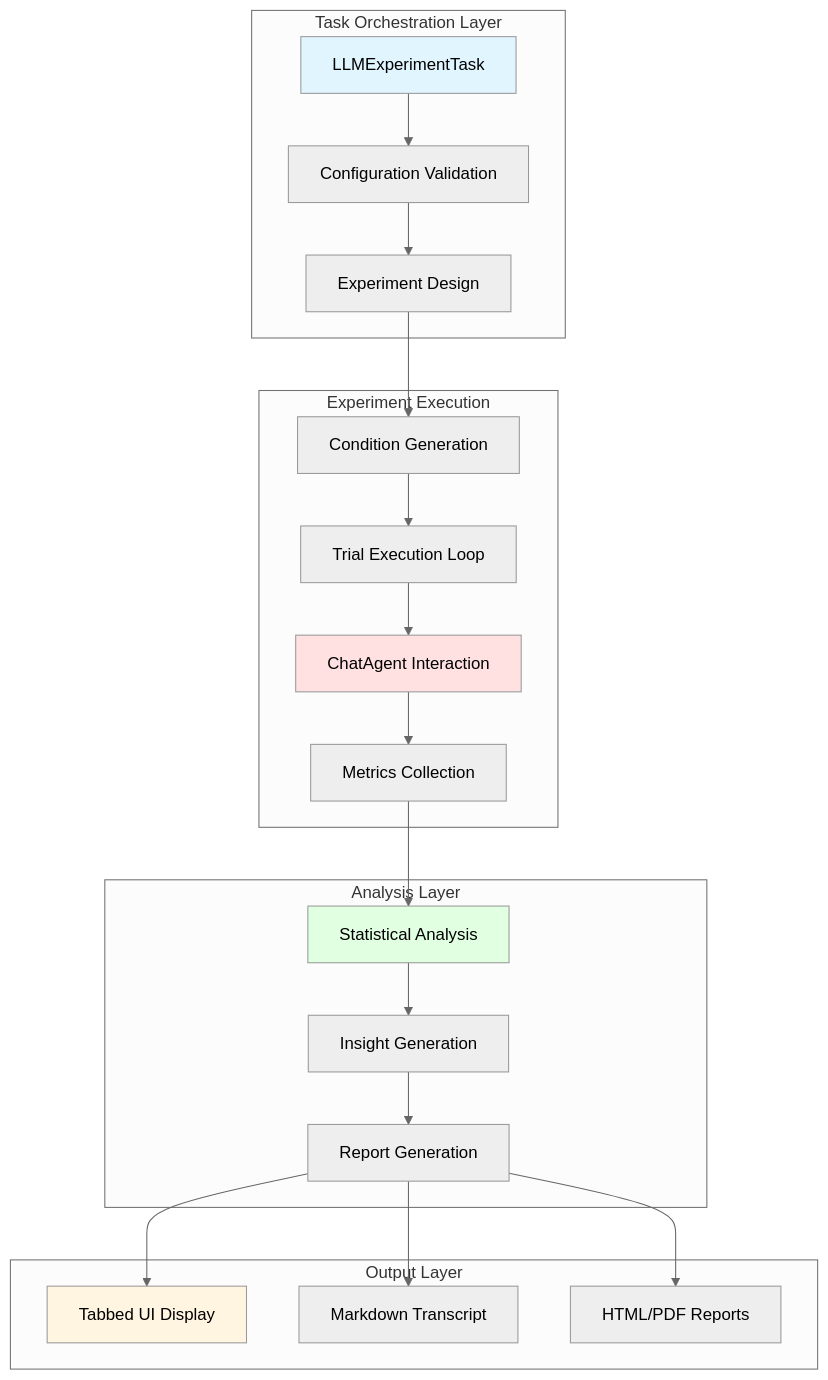
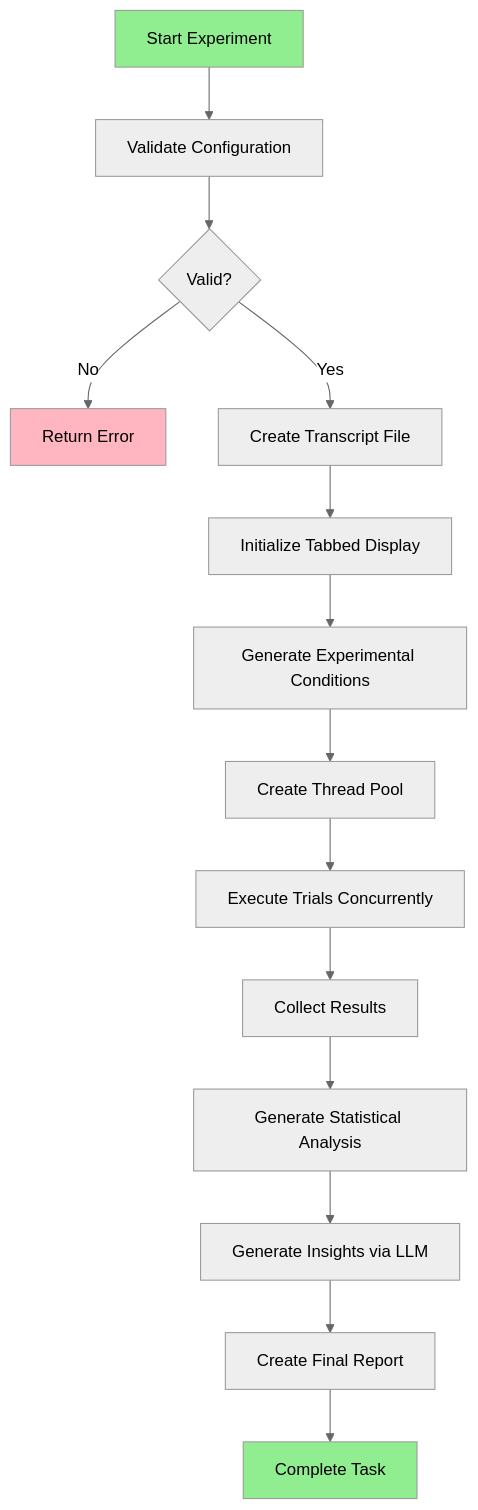
One commit to SimiaCryptus/Cognotik changed the second of 22 diagrams in docs/LLMExperimentTask.md. Above: the diagram before and after it, drawn with Mermaid (neutral theme). The commit also changed other lines of this file and 7 other files, not shown here.

````diff
--- a/docs/LLMExperimentTask.md
+++ b/docs/LLMExperimentTask.md
@@ -25,31 +70,20 @@
 ```mermaid
-graph TB
-    subgraph "Task Orchestration Layer"
-        A[LLMExperimentTask] --> B[Configuration Validation]
-        B --> C[Experiment Design]
-    end
+flowchart TD
+    A[Start Experiment] --> B[Validate Configuration]
+    B --> C{Valid?}
+    C -->|No| D[Return Error]
+    C -->|Yes| E[Create Transcript File]
+    E --> F[Initialize Tabbed Display]
+    F --> G[Generate Experimental Conditions]
+    G --> H[Create Thread Pool]
+    H --> I[Execute Trials Concurrently]
+    I --> J[Collect Results]
+    J --> K[Generate Statistical Analysis]
+    K --> L[Generate Insights via LLM]
+    L --> M[Create Final Report]
+    M --> N[Complete Task]
 
-    subgraph "Experiment Execution"
-        C --> D[Condition Generation]
-        D --> E[Trial Execution Loop]
-        E --> F[ChatAgent Interaction]
-        F --> G[Metrics Collection]
-    end
-
-    subgraph "Analysis Layer"
-        G --> H[Statistical Analysis]
-        H --> I[Insight Generation]
-        I --> J[Report Generation]
-    end
-
-    subgraph "Output Layer"
-        J --> K[Tabbed UI Display]
-        J --> L[Markdown Transcript]
-        J --> M[HTML/PDF Reports]
-    end
-
-    style A fill:#e1f5ff
-    style F fill:#ffe1e1
-    style H fill:#e1ffe1
-    style K fill:#fff5e1
+    style A fill:#90EE90
+    style N fill:#90EE90
+    style D fill:#FFB6C1
 ```
````
